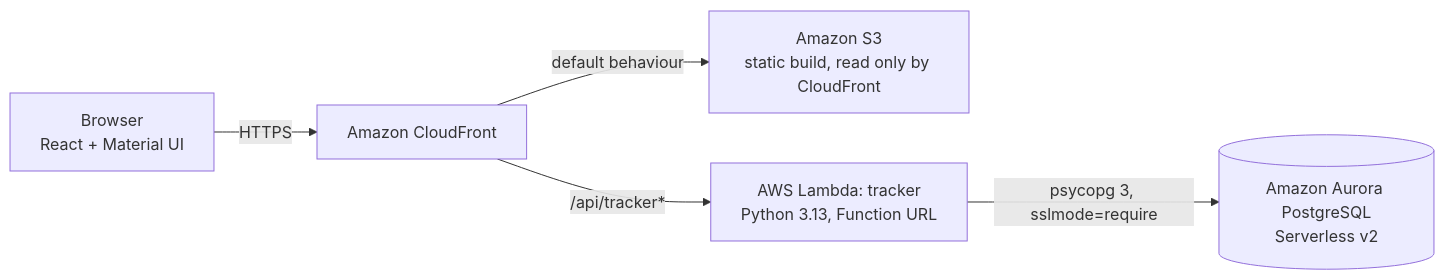
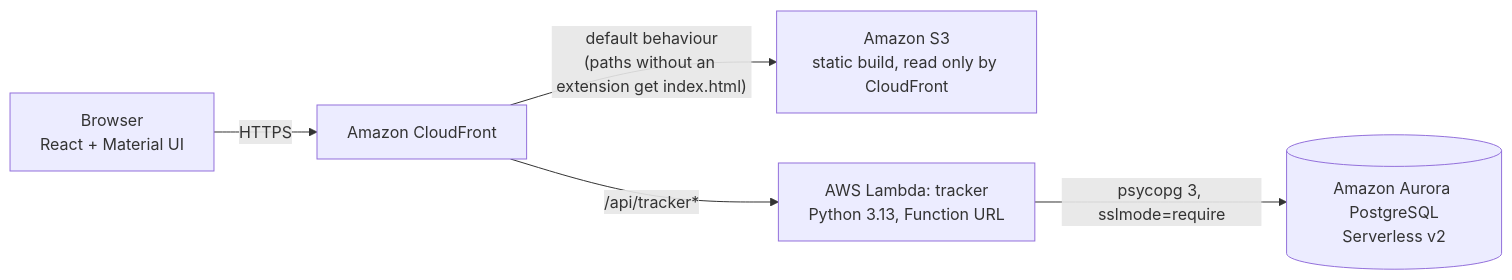
The first of 2 diagrams in README.md (Jowan69/coding-workshop-participant), drawn with Mermaid before and after one commit. The commit also changed other lines of this file and 132 other files, not shown here.

````diff
--- a/README.md
+++ b/README.md
@@ -42,12 +62,12 @@
 ```mermaid
 flowchart LR
     Browser["Browser<br/>React + Material UI"]
     CF["Amazon CloudFront"]
     S3["Amazon S3<br/>static build, read only by CloudFront"]
     Lambda["AWS Lambda: tracker<br/>Python 3.13, Function URL"]
     DB[("Amazon Aurora PostgreSQL<br/>Serverless v2")]
     Browser -->|HTTPS| CF
-    CF -->|"default behaviour"| S3
+    CF -->|"default behaviour<br/>(paths without an extension get index.html)"| S3
     CF -->|"/api/tracker*"| Lambda
     Lambda -->|"psycopg 3, sslmode=require"| DB
 ```
````
